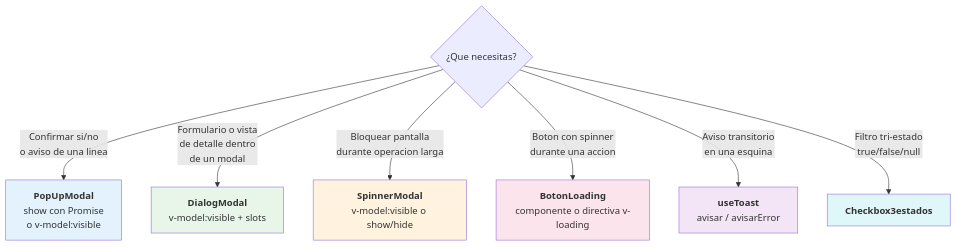
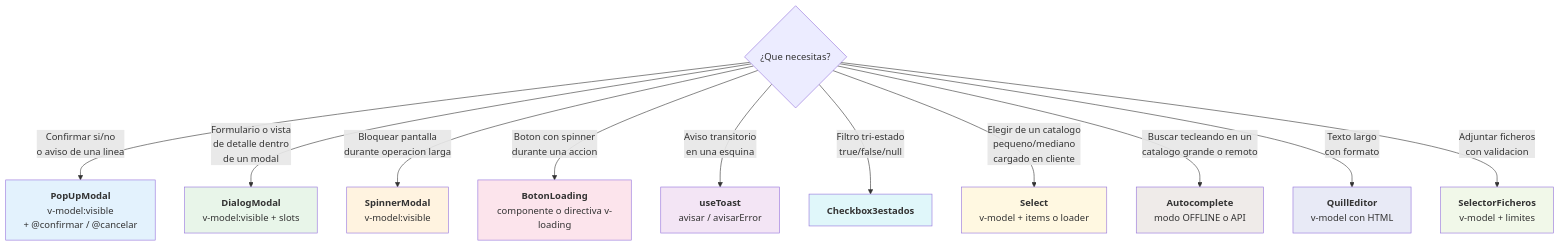
Before and after one commit to fgtortosa/cursos-2026: the first of 2 diagrams in curso-normalizacion/por-publicar/03-vue/sesiones/sesion-11-componentes-ua/index.md, drawn with Mermaid. The commit also changed other lines of this file and 10 other files, not shown here.

````diff
--- a/curso-normalizacion/por-publicar/03-vue/sesiones/sesion-11-componentes-ua/index.md
+++ b/curso-normalizacion/por-publicar/03-vue/sesiones/sesion-11-componentes-ua/index.md
@@ -38,17 +39,25 @@
 ```mermaid
 flowchart TD
     Q1{¿Que necesitas?}
-    Q1 -->|Confirmar si/no<br/>o aviso de una linea| POP["<b>PopUpModal</b><br/>show con Promise<br/>o v-model:visible"]
+    Q1 -->|Confirmar si/no<br/>o aviso de una linea| POP["<b>PopUpModal</b><br/>v-model:visible<br/>+ @confirmar / @cancelar"]
     Q1 -->|Formulario o vista<br/>de detalle dentro<br/>de un modal| DIA["<b>DialogModal</b><br/>v-model:visible + slots"]
-    Q1 -->|Bloquear pantalla<br/>durante operacion larga| SPI["<b>SpinnerModal</b><br/>v-model:visible o show/hide"]
+    Q1 -->|Bloquear pantalla<br/>durante operacion larga| SPI["<b>SpinnerModal</b><br/>v-model:visible"]
     Q1 -->|Boton con spinner<br/>durante una accion| BTN["<b>BotonLoading</b><br/>componente o directiva v-loading"]
     Q1 -->|Aviso transitorio<br/>en una esquina| TOA["<b>useToast</b><br/>avisar / avisarError"]
     Q1 -->|Filtro tri-estado<br/>true/false/null| CHK["<b>Checkbox3estados</b>"]
+    Q1 -->|Elegir de un catalogo<br/>pequeno/mediano<br/>cargado en cliente| SEL["<b>Select</b><br/>v-model + items o loader"]
+    Q1 -->|Buscar tecleando en un<br/>catalogo grande o remoto| AUT["<b>Autocomplete</b><br/>modo OFFLINE o API"]
+    Q1 -->|Texto largo<br/>con formato| QUI["<b>QuillEditor</b><br/>v-model con HTML"]
+    Q1 -->|Adjuntar ficheros<br/>con validacion| FIC["<b>SelectorFicheros</b><br/>v-model + limites"]
 
     style POP fill:#e3f2fd
     style DIA fill:#e8f5e9
     style SPI fill:#fff3e0
     style BTN fill:#fce4ec
     style TOA fill:#f3e5f5
     style CHK fill:#e0f7fa
+    style SEL fill:#fff8e1
+    style AUT fill:#efebe9
+    style QUI fill:#e8eaf6
+    style FIC fill:#f1f8e9
 ```
````
